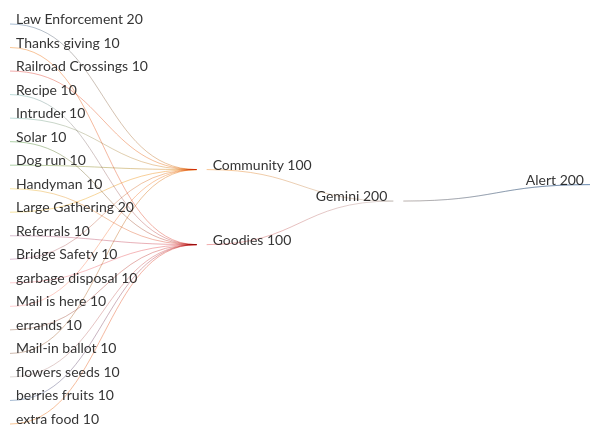
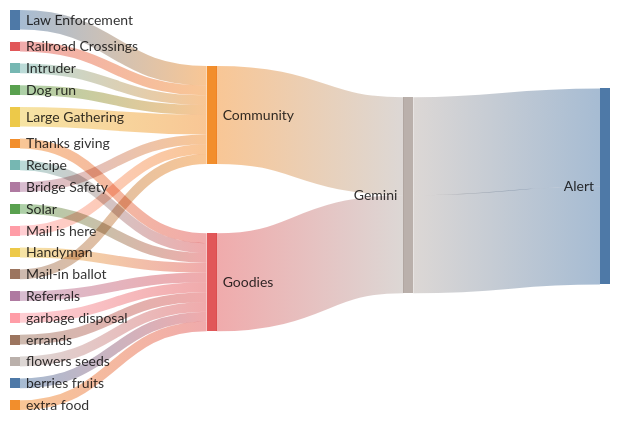
One commit to AmitXShukla/GoogleCommunity changed the third of 3 diagrams in README.md. Above: the diagram before and after it, drawn with Mermaid. The commit also changed other lines of this file, not shown here.

````diff
--- a/README.md
+++ b/README.md
@@ -109,27 +114,32 @@
 ```mermaid
+---
+config:
+  sankey:
+    showValues: false
+---
 
 sankey-beta
 %% source,target,value
  Law Enforcement, Community, 20
  Railroad Crossings, Community, 10
  Intruder, Community, 10
  Dog run, Community, 10
  Large Gathering, Community, 20
  Bridge Safety, Community, 10
  Mail is here, Community, 10
  Mail-in ballot, Community, 10
  Community, Gemini, 100
  Gemini, Alert, 100
  Thanks giving, Goodies, 10
  Recipe, Goodies, 10
  Solar, Goodies, 10
  Handyman, Goodies, 10
  Referrals, Goodies, 10
  garbage disposal, Goodies, 10
  errands, Goodies, 10
  flowers seeds, Goodies, 10
  berries fruits, Goodies, 10
  extra food, Goodies, 10
  Goodies, Gemini, 100
  Gemini, Alert, 100
 ```
````
